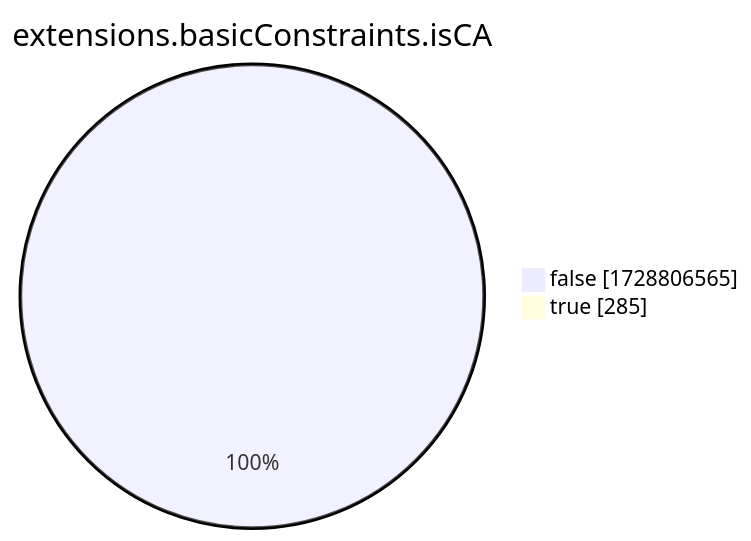
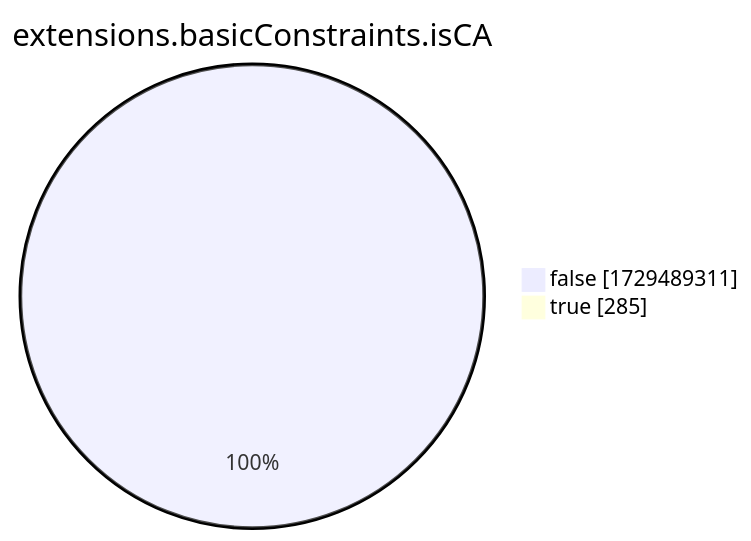
The eighth of 15 diagrams in xenon2022/README.md (christiankrug/ctmonitor_visualization), drawn with Mermaid before and after one commit. The commit also changed other lines of this file, not shown here.

````diff
--- a/xenon2022/README.md
+++ b/xenon2022/README.md
@@ -2867,6 +2867,6 @@
 ```mermaid
 pie showData
 title extensions.basicConstraints.isCA
-"false" :1728806565
+"false" :1729489311
 "true" :285
 ```
````
